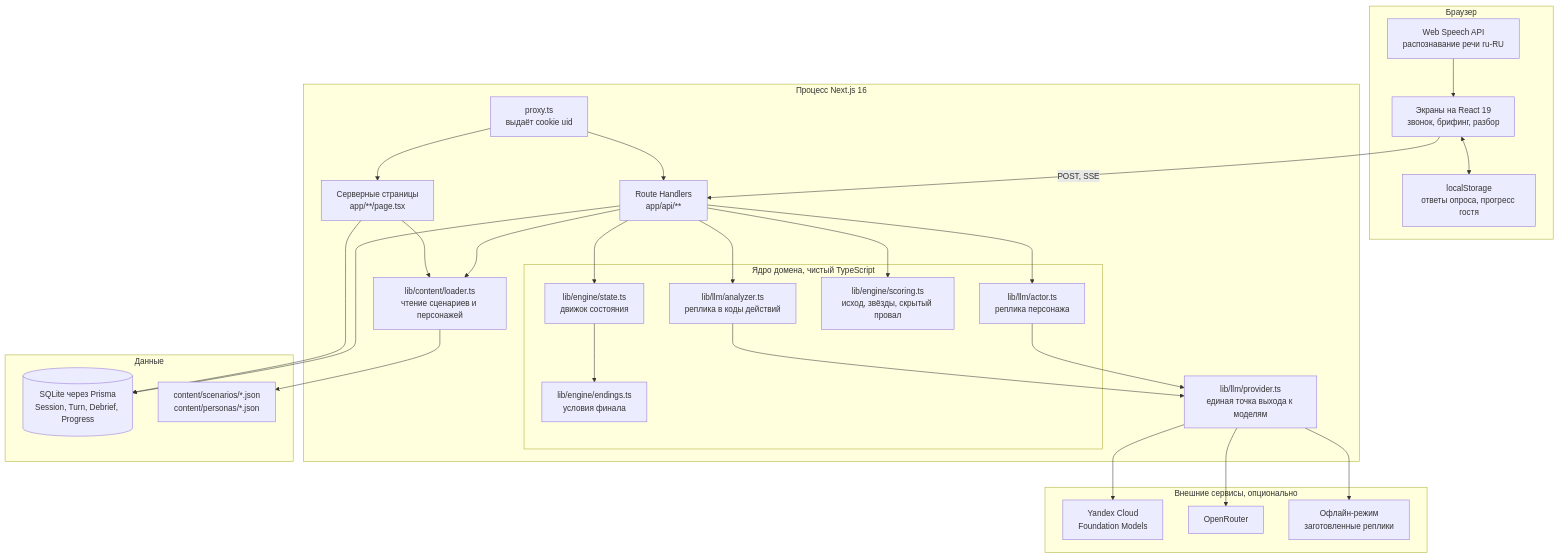
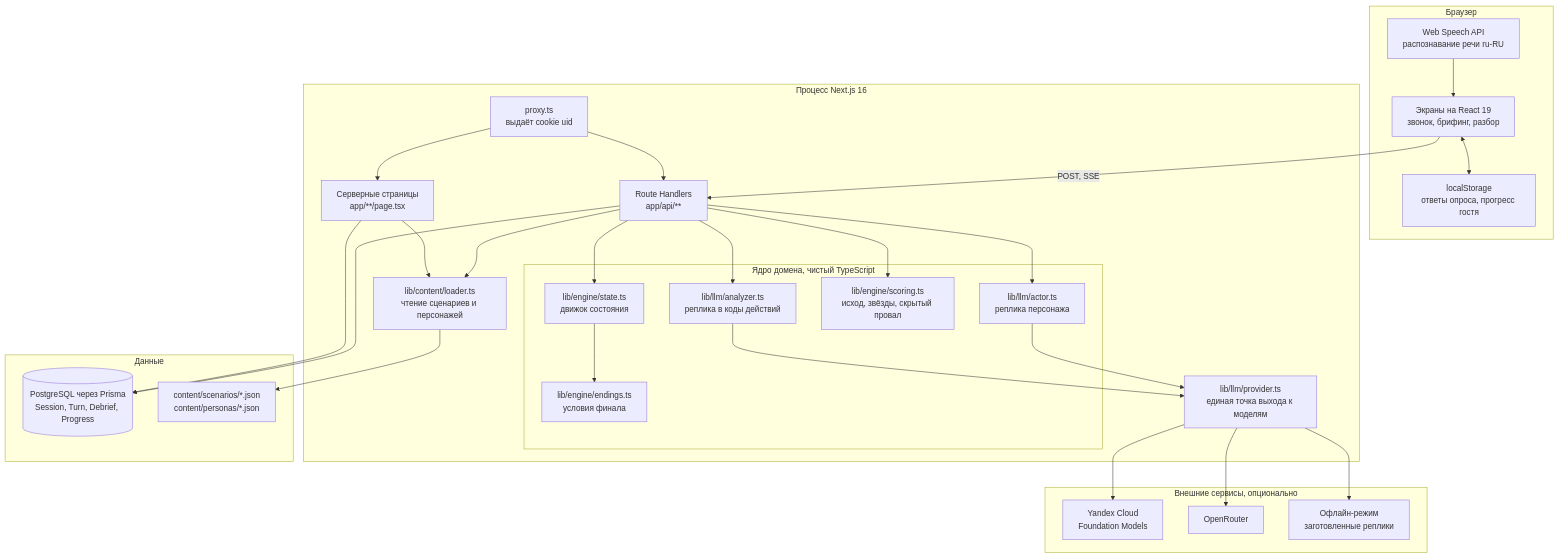
Before and after one commit to dontdoitno/lct-negotiation: the first of 2 diagrams in docs-site/architecture/overview.md, drawn with Mermaid. The commit also changed other lines of this file and 103 other files, not shown here.

````diff
--- a/docs-site/architecture/overview.md
+++ b/docs-site/architecture/overview.md
@@ -9,57 +9,57 @@
 ```mermaid
 flowchart TB
     subgraph BROWSER["Браузер"]
         UI["Экраны на React 19<br/>звонок, брифинг, разбор"]
         SPEECH["Web Speech API<br/>распознавание речи ru-RU"]
         LS["localStorage<br/>ответы опроса, прогресс гостя"]
     end
 
     subgraph NEXT["Процесс Next.js 16"]
         PROXY["proxy.ts<br/>выдаёт cookie uid"]
         PAGES["Серверные страницы<br/>app/**/page.tsx"]
         API["Route Handlers<br/>app/api/**"]
 
         subgraph CORE["Ядро домена, чистый TypeScript"]
             ANALYZER["lib/llm/analyzer.ts<br/>реплика в коды действий"]
             ENGINE["lib/engine/state.ts<br/>движок состояния"]
             ENDINGS["lib/engine/endings.ts<br/>условия финала"]
             SCORING["lib/engine/scoring.ts<br/>исход, звёзды, скрытый провал"]
             ACTOR["lib/llm/actor.ts<br/>реплика персонажа"]
         end
 
         LOADER["lib/content/loader.ts<br/>чтение сценариев и персонажей"]
         PROVIDER["lib/llm/provider.ts<br/>единая точка выхода к моделям"]
     end
 
     subgraph DATA["Данные"]
-        DB[("SQLite через Prisma<br/>Session, Turn, Debrief, Progress")]
+        DB[("PostgreSQL через Prisma<br/>Session, Turn, Debrief, Progress")]
         JSON["content/scenarios/*.json<br/>content/personas/*.json"]
     end
 
     subgraph EXT["Внешние сервисы, опционально"]
         YA["Yandex Cloud<br/>Foundation Models"]
         OR["OpenRouter"]
         MOCK["Офлайн-режим<br/>заготовленные реплики"]
     end
 
     UI -->|"POST, SSE"| API
     SPEECH --> UI
     UI <--> LS
     PROXY --> PAGES
     PROXY --> API
     PAGES --> LOADER
     PAGES --> DB
     API --> ANALYZER
     API --> ENGINE
     ENGINE --> ENDINGS
     API --> SCORING
     API --> ACTOR
     API --> LOADER
     API --> DB
     LOADER --> JSON
     ANALYZER --> PROVIDER
     ACTOR --> PROVIDER
     PROVIDER --> YA
     PROVIDER --> OR
     PROVIDER --> MOCK
 ```
````
